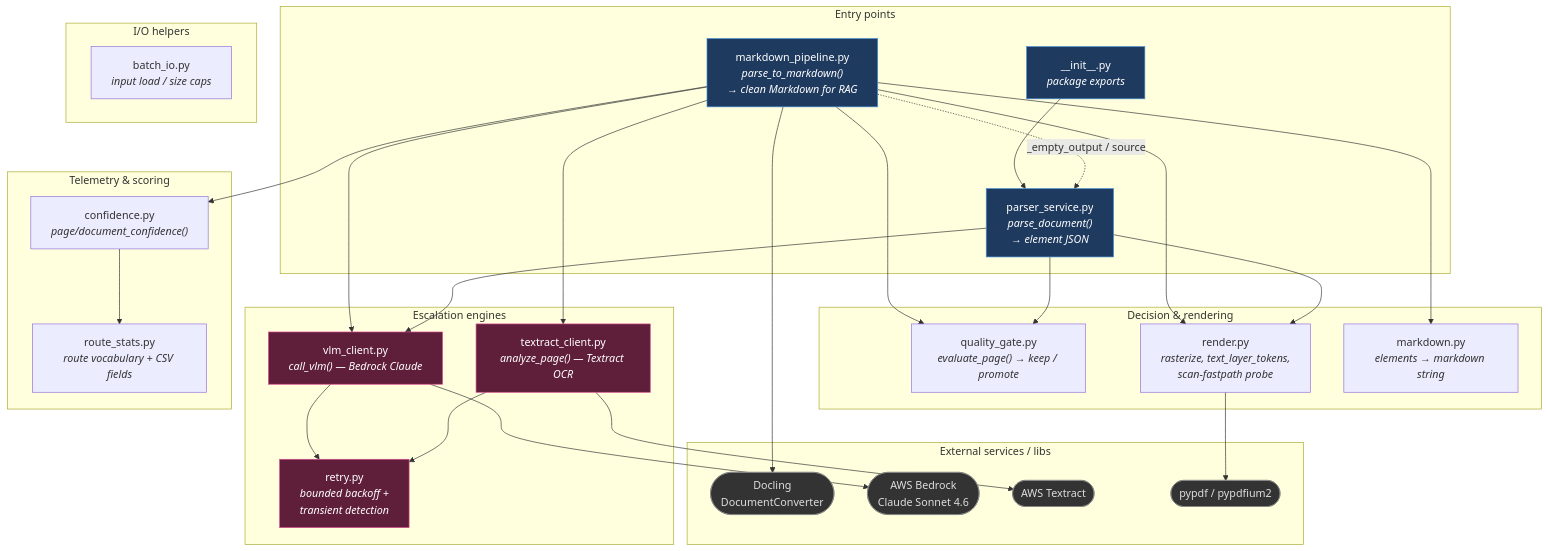
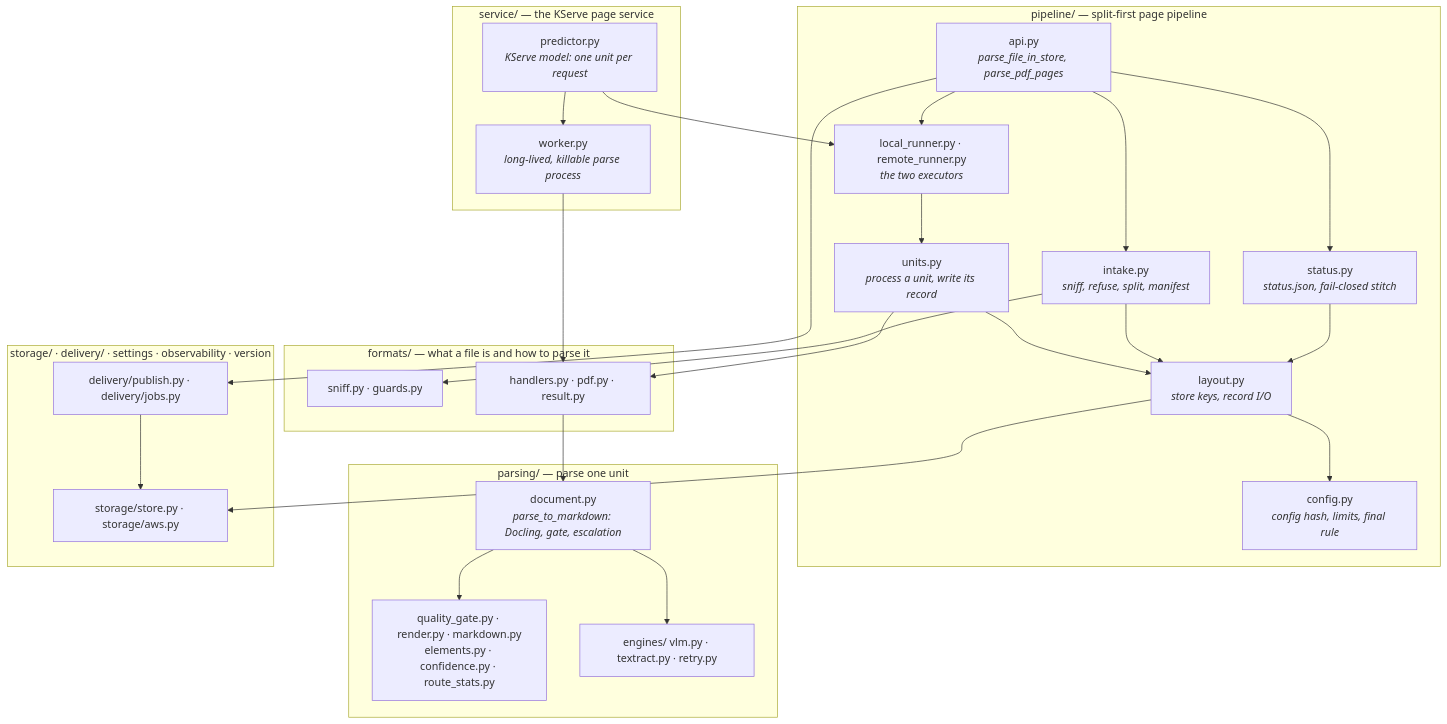
Before and after one commit to anguyenbus/doc-parser: the first of 3 diagrams in docs/architecture.md, drawn with Mermaid. The commit also changed other lines of this file and 15 other files, not shown here.

First line of the commit message:
Update docs and docstrings for the new package layout

````diff
--- a/docs/architecture.md
+++ b/docs/architecture.md
@@ -9,63 +12,49 @@
 ```mermaid
 graph TD
-    subgraph entry["Entry points"]
-        MP["markdown_pipeline.py<br/><i>parse_to_markdown()<br/>→ clean Markdown for RAG</i>"]
-        PS["parser_service.py<br/><i>parse_document()<br/>→ element JSON</i>"]
-        INIT["__init__.py<br/><i>package exports</i>"]
+    subgraph svc["service/ — the KServe page service"]
+        PRED["predictor.py<br/><i>KServe model: one unit per request</i>"]
+        WORK["worker.py<br/><i>long-lived, killable parse process</i>"]
+    end
+    subgraph pipe["pipeline/ — split-first page pipeline"]
+        API["api.py<br/><i>parse_file_in_store, parse_pdf_pages</i>"]
+        RUN["local_runner.py · remote_runner.py<br/><i>the two executors</i>"]
+        STAT["status.py<br/><i>status.json, fail-closed stitch</i>"]
+        UNITS["units.py<br/><i>process a unit, write its record</i>"]
+        INTAKE["intake.py<br/><i>sniff, refuse, split, manifest</i>"]
+        LAYOUT["layout.py<br/><i>store keys, record I/O</i>"]
+        CONF["config.py<br/><i>config hash, limits, final rule</i>"]
+    end
+    subgraph fmt["formats/ — what a file is and how to parse it"]
+        SNIFF["sniff.py · guards.py"]
+        HAND["handlers.py · pdf.py · result.py"]
+    end
+    subgraph prs["parsing/ — parse one unit"]
+        DOC["document.py<br/><i>parse_to_markdown: Docling, gate, escalation</i>"]
+        GATE["quality_gate.py · render.py · markdown.py<br/>elements.py · confidence.py · route_stats.py"]
+        ENG["engines/ vlm.py · textract.py · retry.py"]
+    end
+    subgraph low["storage/ · delivery/ · settings · observability · version"]
+        STORE["storage/store.py · storage/aws.py"]
+        DEL["delivery/publish.py · delivery/jobs.py"]
     end
 
-    subgraph decide["Decision & rendering"]
-        QG["quality_gate.py<br/><i>evaluate_page() → keep / promote</i>"]
-        RENDER["render.py<br/><i>rasterize, text_layer_tokens,<br/>scan-fastpath probe</i>"]
-        MD["markdown.py<br/><i>elements → markdown string</i>"]
-    end
-
-    subgraph engines["Escalation engines"]
-        VLM["vlm_client.py<br/><i>call_vlm() — Bedrock Claude</i>"]
-        TX["textract_client.py<br/><i>analyze_page() — Textract OCR</i>"]
-        RETRY["retry.py<br/><i>bounded backoff +<br/>transient detection</i>"]
-    end
-
-    subgraph telem["Telemetry & scoring"]
-        CONF["confidence.py<br/><i>page/document_confidence()</i>"]
-        RS["route_stats.py<br/><i>route vocabulary + CSV fields</i>"]
-    end
-
-    subgraph io["I/O helpers"]
-        IOL["batch_io.py<br/><i>input load / size caps</i>"]
-    end
-
-    INIT --> PS
-    MP --> QG
-    MP --> RENDER
-    MP --> MD
-    MP --> VLM
-    MP --> TX
-    MP --> CONF
-    MP -. "_empty_output / source" .-> PS
-    PS --> QG
-    PS --> RENDER
-    PS --> VLM
-    CONF --> RS
-    VLM --> RETRY
-    TX --> RETRY
-
-    subgraph ext["External services / libs"]
-        DOCLING(["Docling<br/>DocumentConverter"])
-        BEDROCK(["AWS Bedrock<br/>Claude Sonnet 4.6"])
-        TEXTRACT(["AWS Textract"])
-        PYPDF(["pypdf / pypdfium2"])
-    end
-
-    MP --> DOCLING
-    RENDER --> PYPDF
-    VLM --> BEDROCK
-    TX --> TEXTRACT
-
-    classDef entryC fill:#1e3a5f,stroke:#4a90d9,color:#fff
-    classDef engineC fill:#5f1e3a,stroke:#d94a90,color:#fff
-    classDef extC fill:#333,stroke:#888,color:#ddd
-    class MP,PS,INIT entryC
-    class VLM,TX,RETRY engineC
-    class DOCLING,BEDROCK,TEXTRACT,PYPDF extC
+    PRED --> WORK
+    PRED --> RUN
+    WORK --> HAND
+    API --> RUN
+    API --> STAT
+    API --> INTAKE
+    RUN --> UNITS
+    UNITS --> HAND
+    UNITS --> LAYOUT
+    INTAKE --> SNIFF
+    INTAKE --> LAYOUT
+    STAT --> LAYOUT
+    LAYOUT --> CONF
+    HAND --> DOC
+    DOC --> GATE
+    DOC --> ENG
+    API --> DEL
+    LAYOUT --> STORE
+    DEL --> STORE
 ```
````
